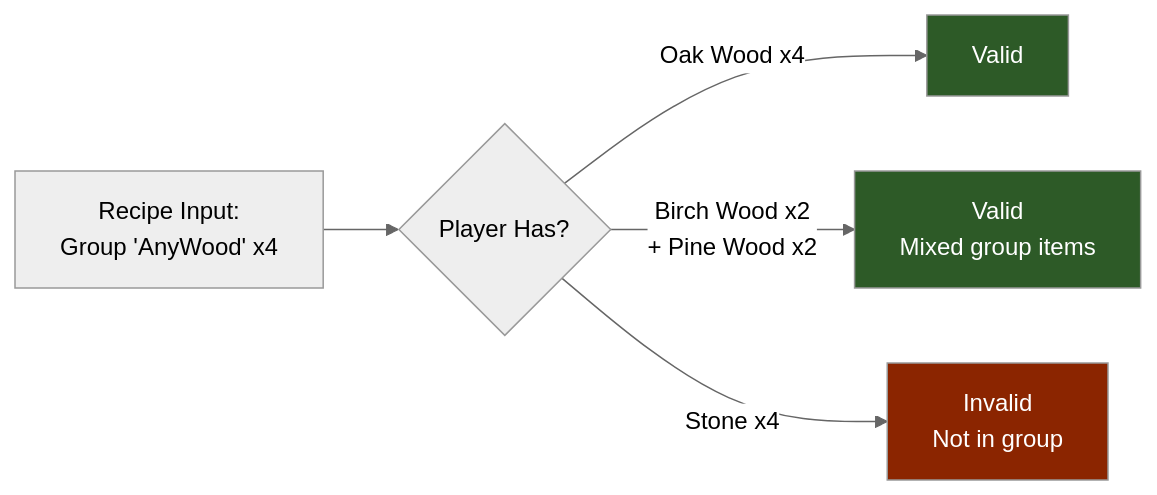
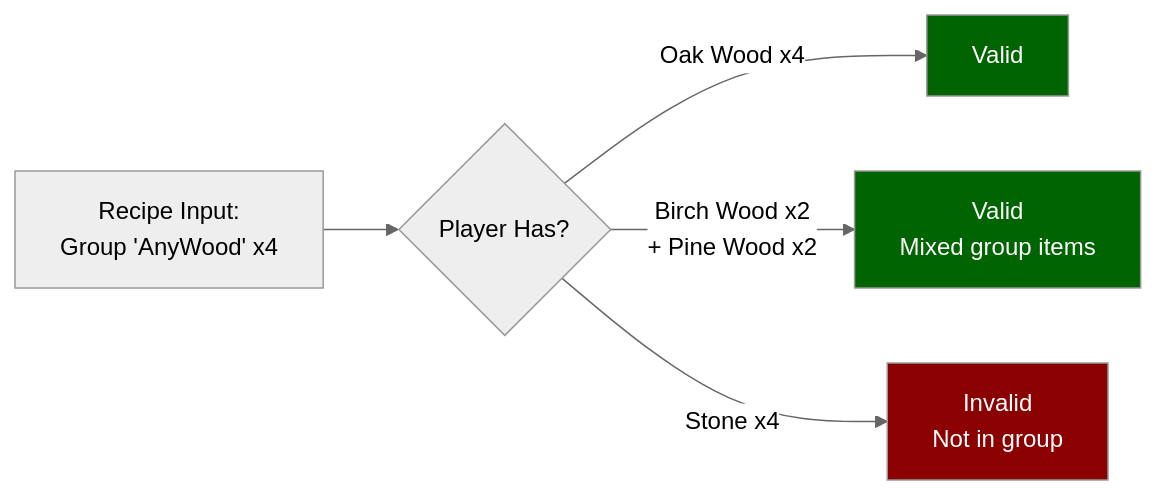
Before and after one commit to nevesb/hytale-modding-docs: the second of 2 diagrams in src/content/docs/es/reference/crafting-system/recipes.md, drawn with Mermaid (neutral theme). The commit also changed other lines of this file and 34 other files, not shown here.

````diff
--- a/src/content/docs/es/reference/crafting-system/recipes.md
+++ b/src/content/docs/es/reference/crafting-system/recipes.md
@@ -39,11 +39,11 @@
 ```mermaid
-flowchart LR
-    A["Recipe Input:<br/>Group 'AnyWood' x4"] --> B{Player Has?}
+flowchart LR;
+    A["Recipe Input:<br>Group 'AnyWood' x4"] --> B{Player Has?}
     B -->|"Oak Wood x4"| C[Valid]
-    B -->|"Birch Wood x2<br/>+ Pine Wood x2"| D["Valid<br/>Mixed group items"]
-    B -->|"Stone x4"| E["Invalid<br/>Not in group"]
+    B -->|"Birch Wood x2<br>+ Pine Wood x2"| D["Valid<br>Mixed group items"]
+    B -->|"Stone x4"| E["Invalid<br>Not in group"]
 
-    style C fill:#2d5a27,color:#fff
-    style D fill:#2d5a27,color:#fff
-    style E fill:#8b2500,color:#fff
+    style C fill:darkgreen,color:white
+    style D fill:darkgreen,color:white
+    style E fill:darkred,color:white
 ```
````
